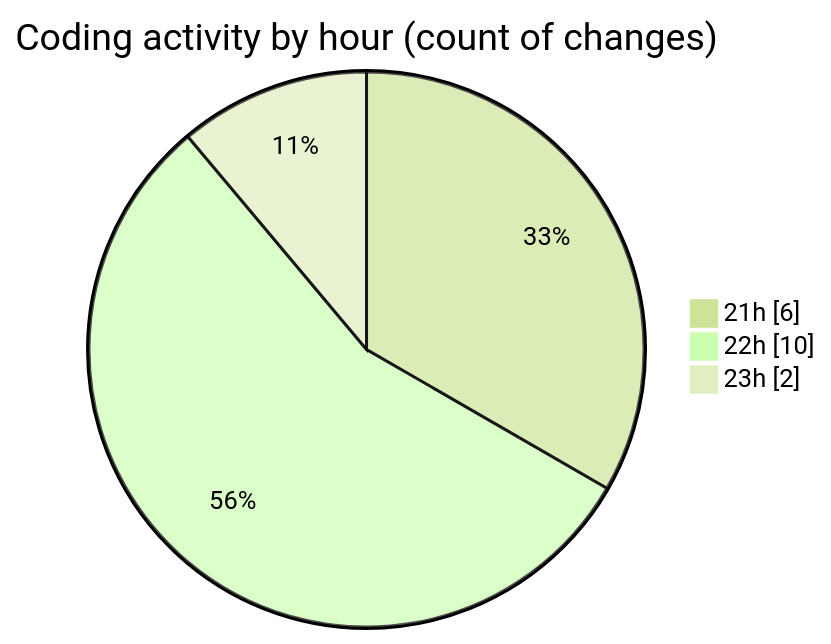
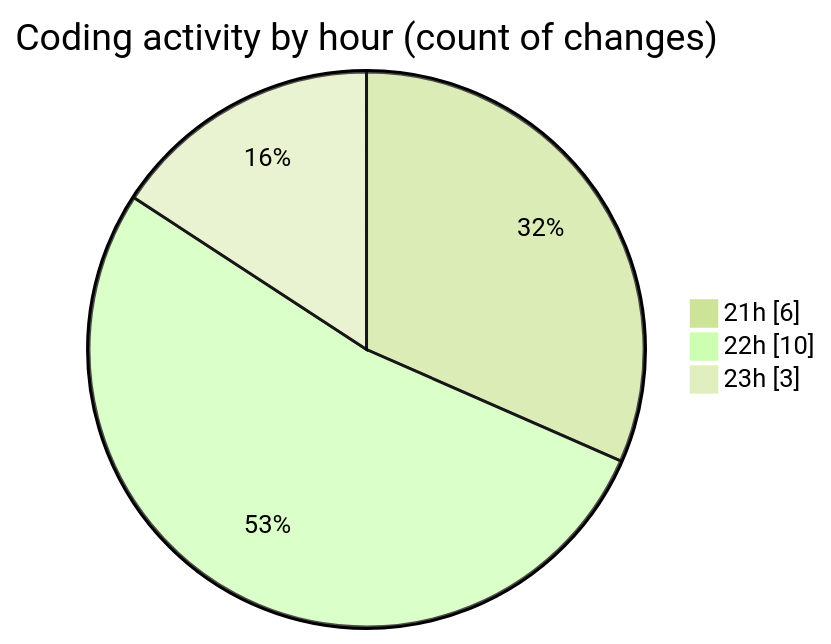
Before and after one commit to NitaiMahat/code-tracking: the second of 2 diagrams in 2025-04-02/startfiles__2_/README.md, drawn with Mermaid (forest theme). The commit also changed other lines of this file and 1 other file, not shown here.

````diff
--- a/2025-04-02/startfiles__2_/README.md
+++ b/2025-04-02/startfiles__2_/README.md
@@ -34,7 +34,7 @@
 ```mermaid
 pie showData
 title Coding activity by hour (count of changes)
 "21h" : 6
 "22h" : 10
-"23h" : 2
+"23h" : 3
 ```
````
